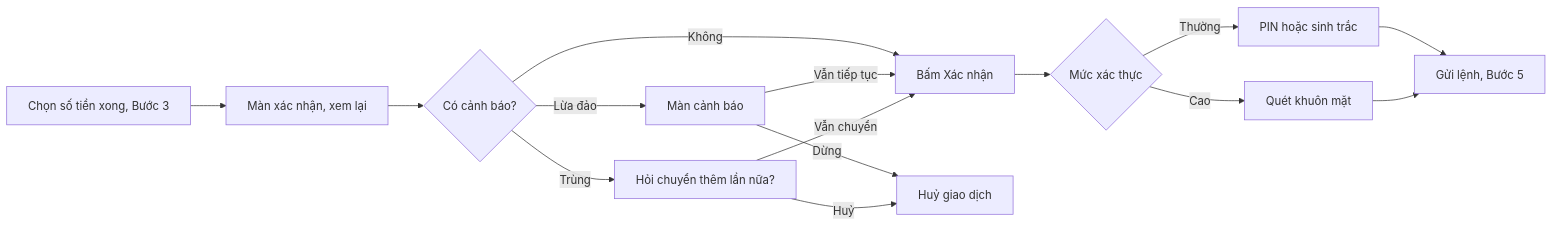
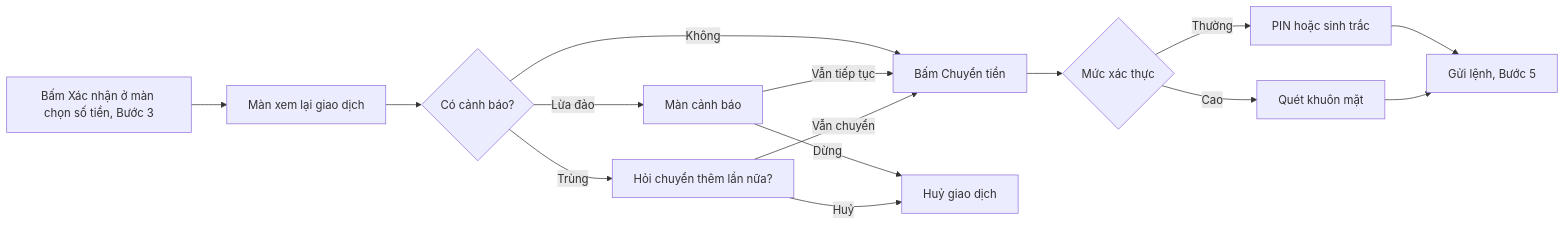
Before and after one commit to uxfoundation-vn/de07-chuyen-khoan-ngan-hang: the fifth of 6 diagrams in docs/PRD.md, drawn with Mermaid. The commit also changed other lines of this file and 2 other files, not shown here.

First line of the commit message:
Đề 7: bấm Xác nhận ở màn chọn số tiền rồi mới xem lại giao dịch

````diff
--- a/docs/PRD.md
+++ b/docs/PRD.md
@@ -323,17 +323,17 @@
 ```mermaid
 flowchart LR
-  A["Chọn số tiền xong, Bước 3"] --> B["Màn xác nhận, xem lại"]
+  A["Bấm Xác nhận ở màn chọn số tiền, Bước 3"] --> B["Màn xem lại giao dịch"]
   B --> C{"Có cảnh báo?"}
   C -->|Lừa đảo| D["Màn cảnh báo"]
   C -->|Trùng| E["Hỏi chuyển thêm lần nữa?"]
-  C -->|Không| F["Bấm Xác nhận"]
+  C -->|Không| F["Bấm Chuyển tiền"]
   D -->|Dừng| X["Huỷ giao dịch"]
   D -->|Vẫn tiếp tục| F
   E -->|Vẫn chuyển| F
   E -->|Huỷ| X
   F --> G{"Mức xác thực"}
   G -->|Thường| H["PIN hoặc sinh trắc"]
   G -->|Cao| I["Quét khuôn mặt"]
   H --> J["Gửi lệnh, Bước 5"]
   I --> J
 ```
````
